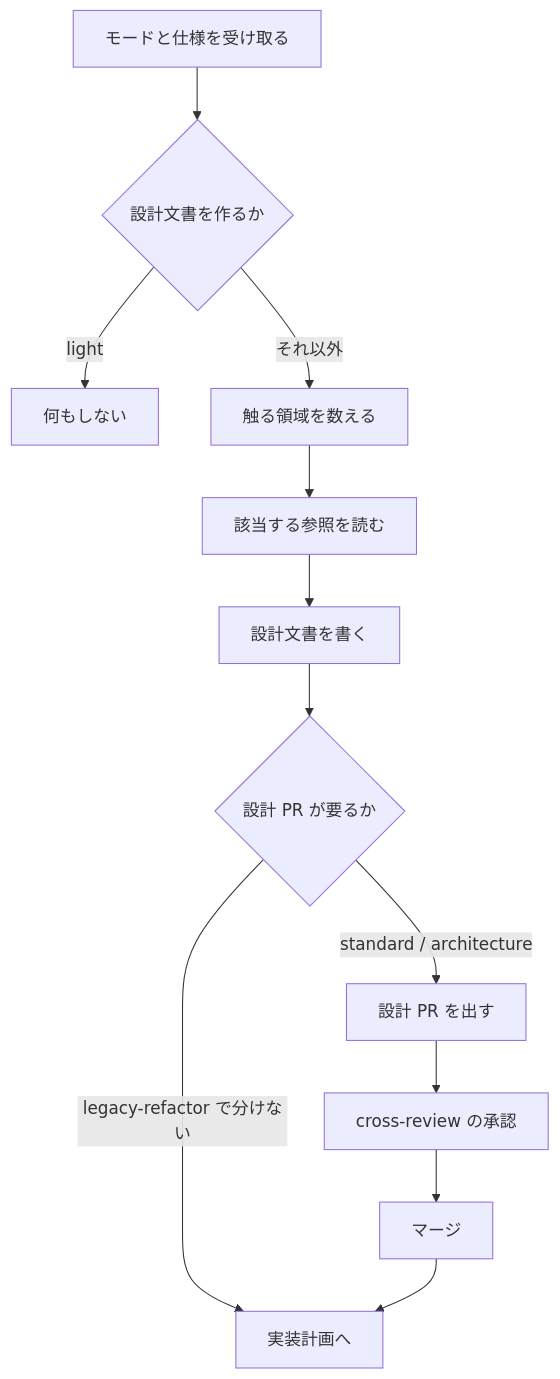
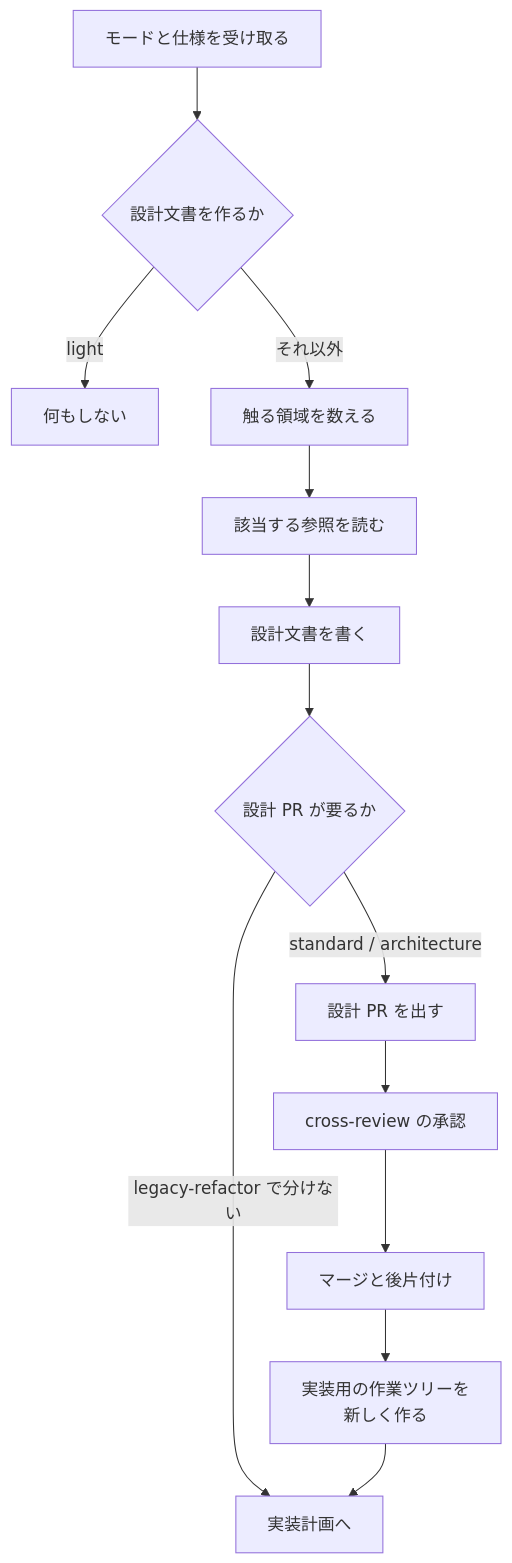
One commit to devbasex/ai-plugins changed the diagram in issues/issue-161-design-skill/02-design.md. Above: the diagram before and after it, drawn with Mermaid. The commit also changed other lines of this file and 1 other file, not shown here.

````diff
--- a/issues/issue-161-design-skill/02-design.md
+++ b/issues/issue-161-design-skill/02-design.md
@@ -86,14 +87,15 @@
 ```mermaid
 flowchart TD
     A[モードと仕様を受け取る] --> B{設計文書を作るか}
     B -->|light| Z[何もしない]
     B -->|それ以外| C[触る領域を数える]
     C --> D[該当する参照を読む]
     D --> E[設計文書を書く]
     E --> F{設計 PR が要るか}
     F -->|standard / architecture| G[設計 PR を出す]
     F -->|legacy-refactor で分けない| H[実装計画へ]
     G --> I[cross-review の承認]
-    I --> J[マージ]
-    J --> H
+    I --> J[マージと後片付け]
+    J --> K[実装用の作業ツリーを<br/>新しく作る]
+    K --> H
 ```
````
